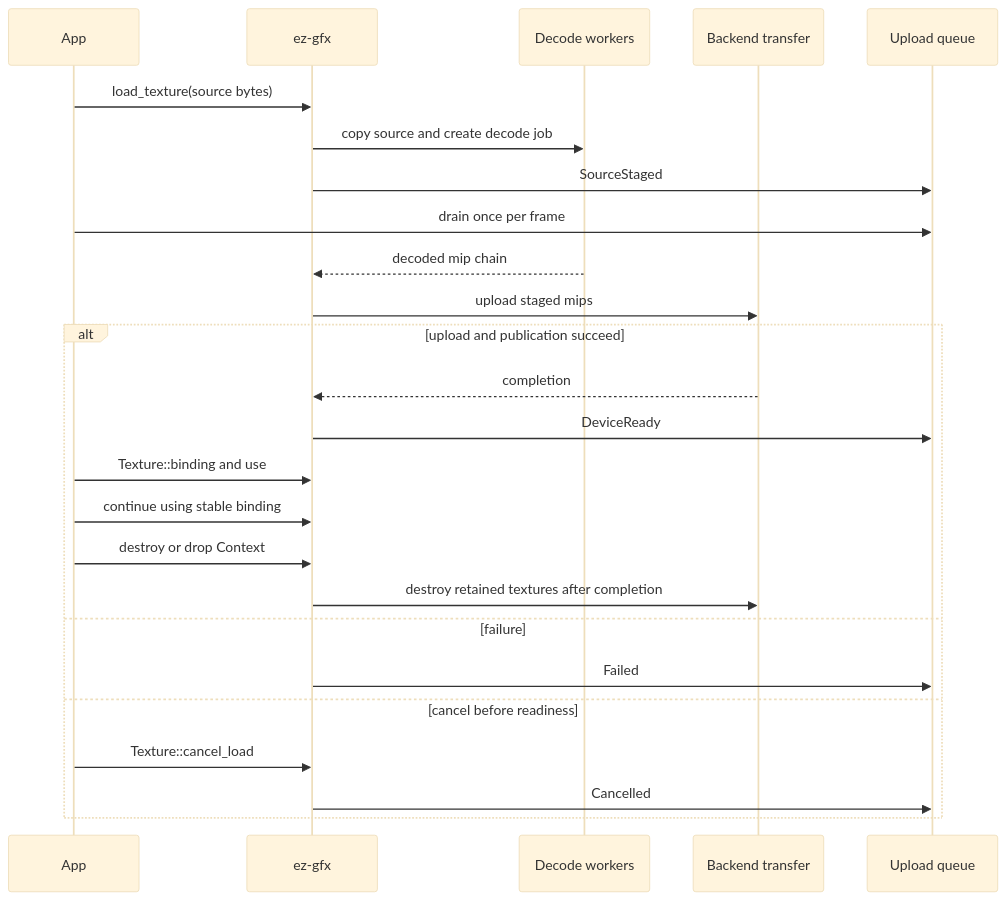
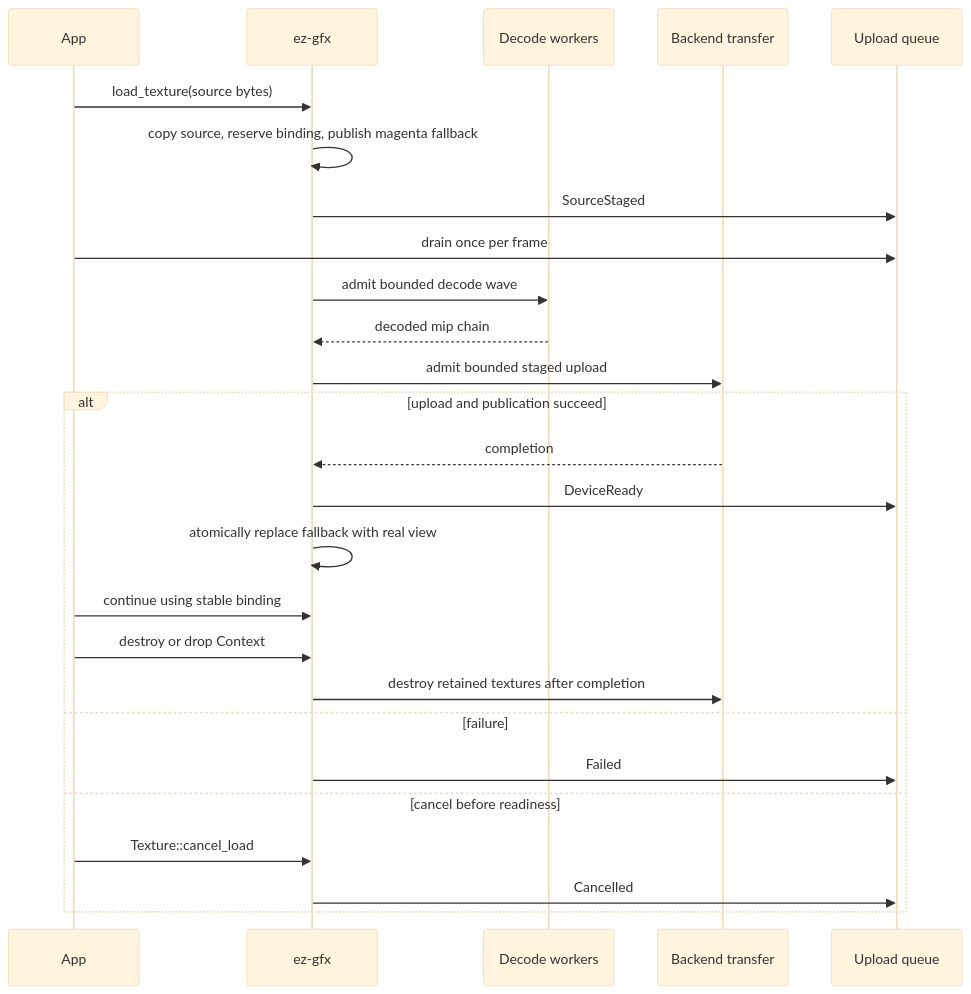
Before and after one commit to jkelin/ez_gfx_api2: the diagram in docs/textures.md, drawn with Mermaid (base theme). The commit also changed other lines of this file and 74 other files, not shown here.

First line of the commit message:
feat(texture): stream uploads through stable fallback bindings

````diff
--- a/docs/textures.md
+++ b/docs/textures.md
@@ -18,27 +20,28 @@
 ```mermaid
 sequenceDiagram
     participant App
     participant Gfx as ez-gfx
     participant CPU as Decode workers
     participant GPU as Backend transfer
     participant Queue as Upload queue
     App->>Gfx: load_texture(source bytes)
-    Gfx->>CPU: copy source and create decode job
+    Gfx->>Gfx: copy source, reserve binding, publish magenta fallback
     Gfx->>Queue: SourceStaged
     App->>Queue: drain once per frame
+    Gfx->>CPU: admit bounded decode wave
     CPU-->>Gfx: decoded mip chain
-    Gfx->>GPU: upload staged mips
+    Gfx->>GPU: admit bounded staged upload
     alt upload and publication succeed
         GPU-->>Gfx: completion
         Gfx->>Queue: DeviceReady
-        App->>Gfx: Texture::binding and use
+        Gfx->>Gfx: atomically replace fallback with real view
         App->>Gfx: continue using stable binding
         App->>Gfx: destroy or drop Context
         Gfx->>GPU: destroy retained textures after completion
     else failure
         Gfx->>Queue: Failed
     else cancel before readiness
         App->>Gfx: Texture::cancel_load
         Gfx->>Queue: Cancelled
     end
 ```
````
